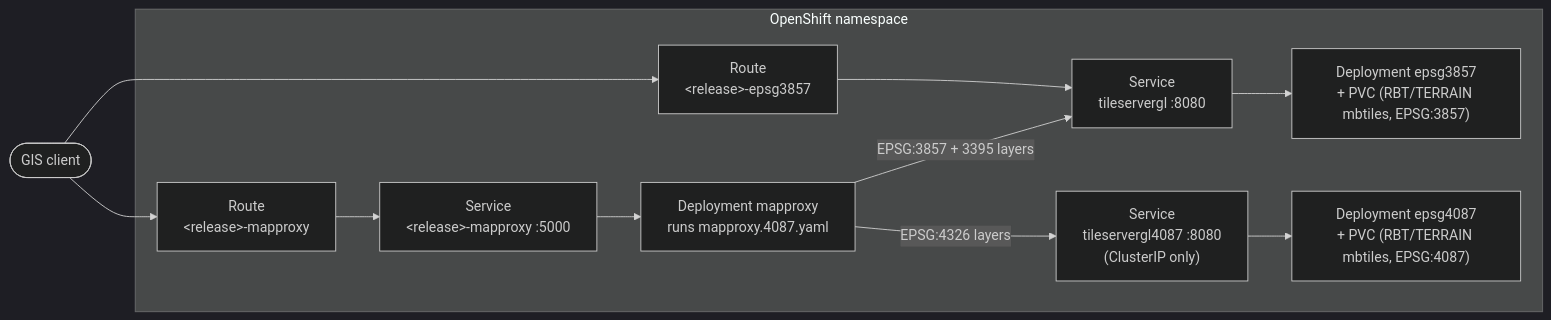
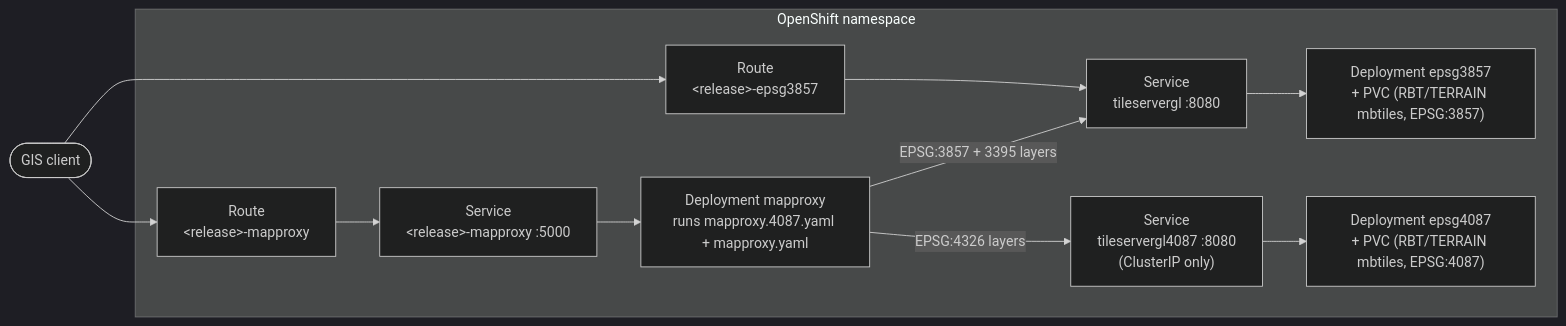
One commit to ReleasableBasemapTiles/rbt-local changed the diagram in docs/deployment-openshift.md. Above: the diagram before and after it, drawn with Mermaid (dark theme). The commit also changed other lines of this file and 60 other files, not shown here.

First line of the commit message:
fix: review fixes across deploy scripts, nginx, mapproxy, tileserver, chart, ci and docs (#18)

````diff
--- a/docs/deployment-openshift.md
+++ b/docs/deployment-openshift.md
@@ -9,23 +9,23 @@
 ```mermaid
 flowchart LR
   client(["GIS client"])
 
   subgraph cluster [OpenShift namespace]
     routeMP["Route<br/>&lt;release&gt;-mapproxy"]
     routeTS["Route<br/>&lt;release&gt;-epsg3857"]
     svcMP["Service<br/>&lt;release&gt;-mapproxy :5000"]
     svcTS["Service<br/>tileservergl :8080"]
     svcTS87["Service<br/>tileservergl4087 :8080<br/>(ClusterIP only)"]
-    mapproxy["Deployment mapproxy<br/>runs mapproxy.4087.yaml"]
+    mapproxy["Deployment mapproxy<br/>runs mapproxy.4087.yaml + mapproxy.yaml"]
     ts3857["Deployment epsg3857<br/>+ PVC (RBT/TERRAIN mbtiles, EPSG:3857)"]
     ts4087["Deployment epsg4087<br/>+ PVC (RBT/TERRAIN mbtiles, EPSG:4087)"]
   end
 
   client --> routeMP
   client --> routeTS
   routeMP --> svcMP --> mapproxy
   routeTS --> svcTS --> ts3857
   mapproxy -->|"EPSG:3857 + 3395 layers"| svcTS
   mapproxy -->|"EPSG:4326 layers"| svcTS87
   svcTS87 --> ts4087
 ```
````
